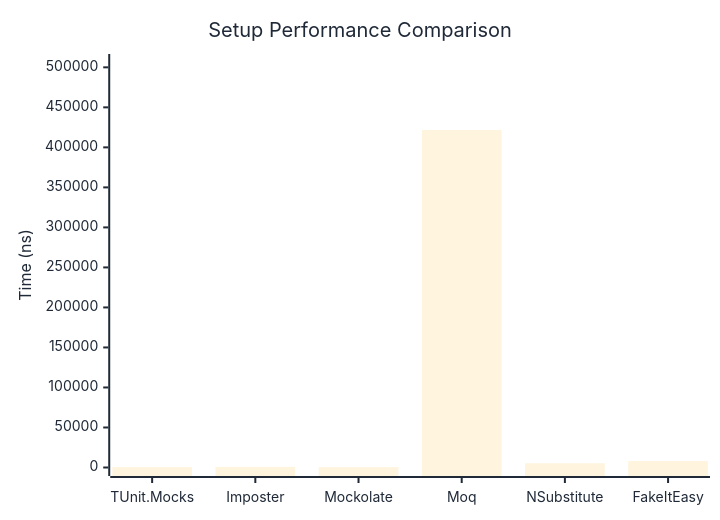
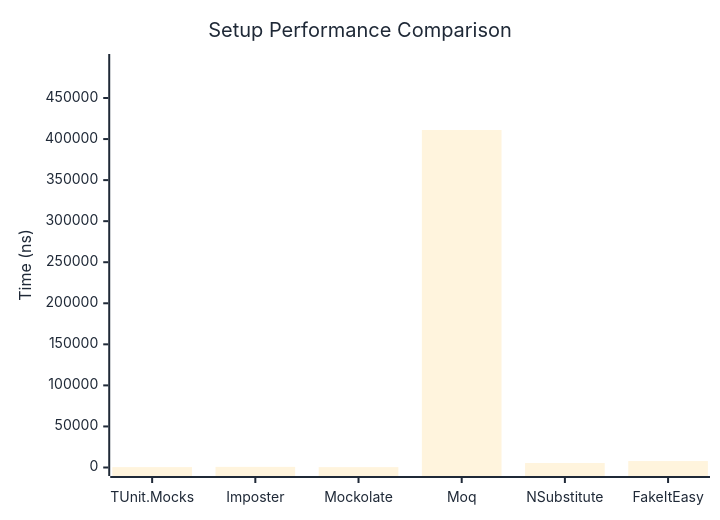
Before and after one commit to thomhurst/TUnit: the first of 2 diagrams in docs/docs/benchmarks/mocks/Setup.md, drawn with Mermaid. The commit also changed other lines of this file and 13 other files, not shown here.

````diff
--- a/docs/docs/benchmarks/mocks/Setup.md
+++ b/docs/docs/benchmarks/mocks/Setup.md
@@ -28,27 +28,27 @@
 ```mermaid
 %%{init: {
   'theme':'base',
   'themeVariables': {
     'primaryColor': '#2563eb',
     'primaryTextColor': '#1f2937',
     'primaryBorderColor': '#1e40af',
     'lineColor': '#6b7280',
     'secondaryColor': '#7c3aed',
     'tertiaryColor': '#dc2626',
     'background': '#ffffff',
     'pie1': '#2563eb',
     'pie2': '#7c3aed',
     'pie3': '#dc2626',
     'pie4': '#f59e0b',
     'pie5': '#10b981',
     'pie6': '#06b6d4',
     'pie7': '#ec4899',
     'pie8': '#6366f1'
   }
 }}%%
 xychart-beta
   title "Setup Performance Comparison"
   x-axis ["TUnit.Mocks", "Imposter", "Mockolate", "Moq", "NSubstitute", "FakeItEasy"]
-  y-axis "Time (ns)" 0 --> 506042
-  bar [492.4, 774.2, 424.9, 421701, 5305.7, 8075.6]
+  y-axis "Time (ns)" 0 --> 493235
+  bar [493.5, 769.1, 433.3, 411028.5, 5448, 7856.3]
 ```
````
